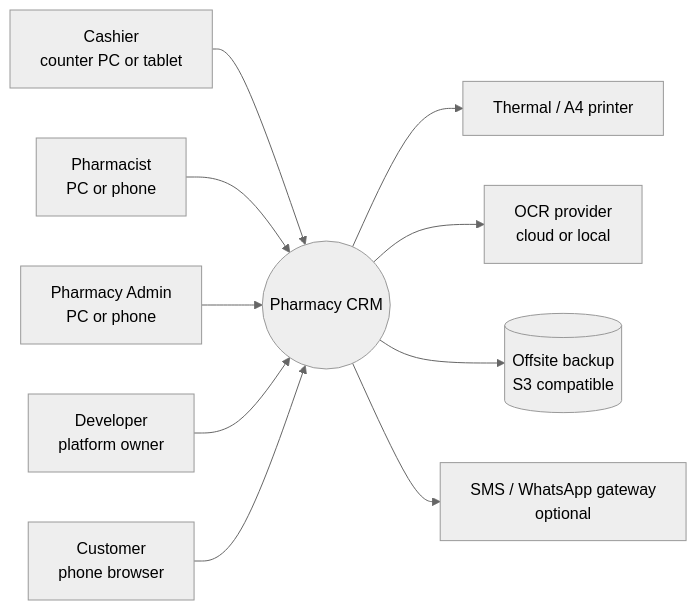
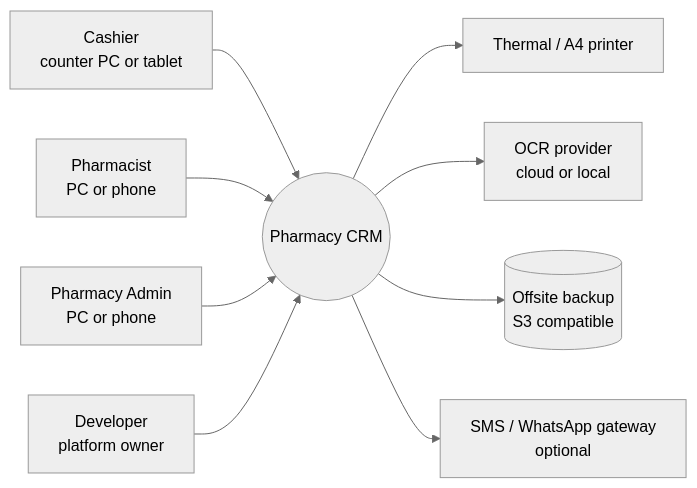
Before and after one commit to sudais-khalid/pharmacy-crm: the first of 8 diagrams in docs/plan/02-architecture.md, drawn with Mermaid (neutral theme). The commit also changed other lines of this file, not shown here.

First line of the commit message:
Make stock entry a core flow and remove customer portal design

````diff
--- a/docs/plan/02-architecture.md
+++ b/docs/plan/02-architecture.md
@@ -23,23 +23,21 @@
 ```mermaid
 flowchart LR
   cashier[Cashier<br/>counter PC or tablet]
   pharmacist[Pharmacist<br/>PC or phone]
   owner[Pharmacy Admin<br/>PC or phone]
   dev[Developer<br/>platform owner]
-  customer[Customer<br/>phone browser]
   app((Pharmacy CRM))
   printer[Thermal / A4 printer]
   ocr[OCR provider<br/>cloud or local]
   backup[(Offsite backup<br/>S3 compatible)]
   msg[SMS / WhatsApp gateway<br/>optional]
 
   cashier --> app
   pharmacist --> app
   owner --> app
   dev --> app
-  customer --> app
   app --> printer
   app --> ocr
   app --> backup
   app --> msg
 ```
````
